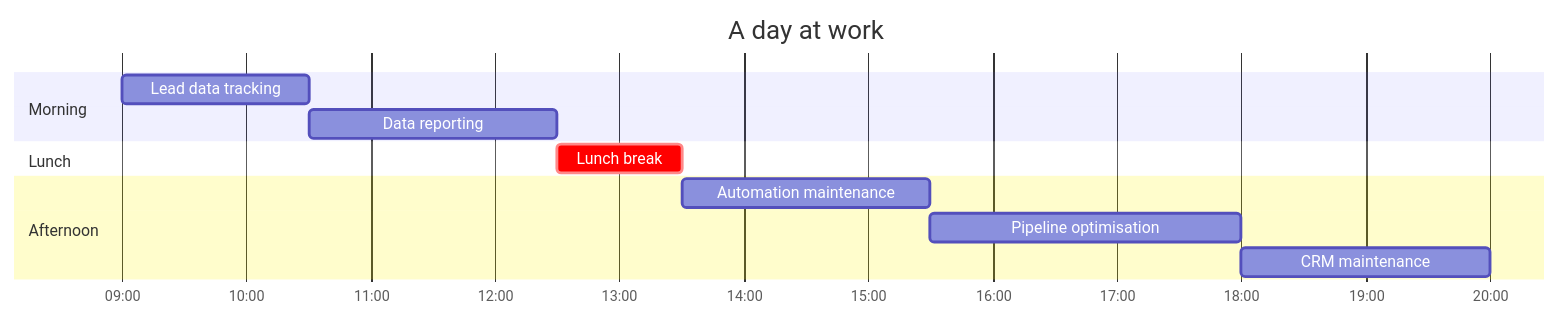
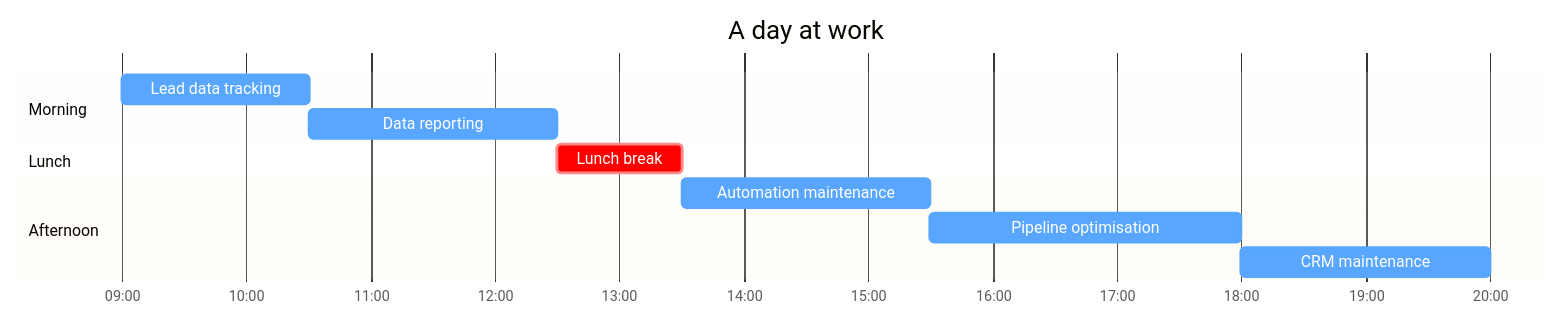
One commit to lombazz/lombazz changed the diagram in README.md. Above: the diagram before and after it, drawn with Mermaid.

Commit message:
Recolor day-at-work Gantt bars to GitHub link blue (#1)

````diff
--- a/README.md
+++ b/README.md
@@ -63,18 +63,19 @@
 ```mermaid
+%%{init: {'theme':'base','themeVariables':{'taskBkgColor':'#58a6ff','taskBorderColor':'#58a6ff','taskTextColor':'#ffffff','taskTextLightColor':'#ffffff','taskTextOutsideColor':'#c9d1d9'}}}%%
 gantt
   title A day at work
   dateFormat HH:mm
   axisFormat %H:%M
 
   section Morning
     Lead data tracking      :09:00, 90m
     Data reporting          :10:30, 120m
 
   section Lunch
     Lunch break             :crit, 12:30, 60m
 
   section Afternoon
     Automation maintenance  :13:30, 120m
     Pipeline optimisation   :15:30, 150m
     CRM maintenance         :18:00, 120m
 ```
````
